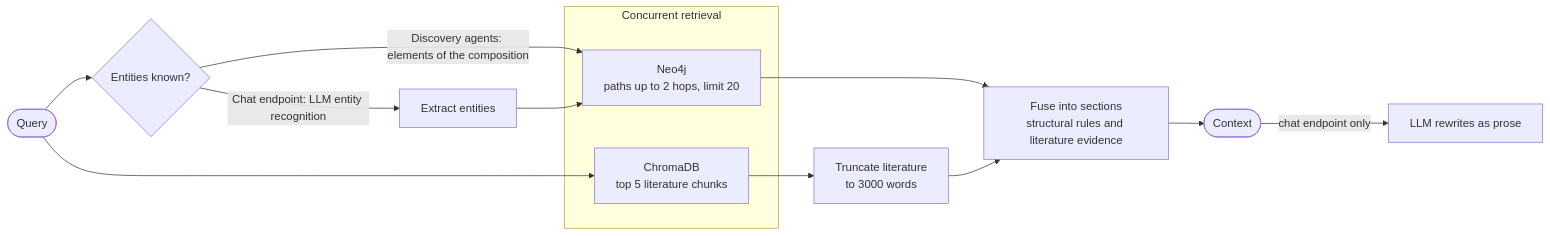
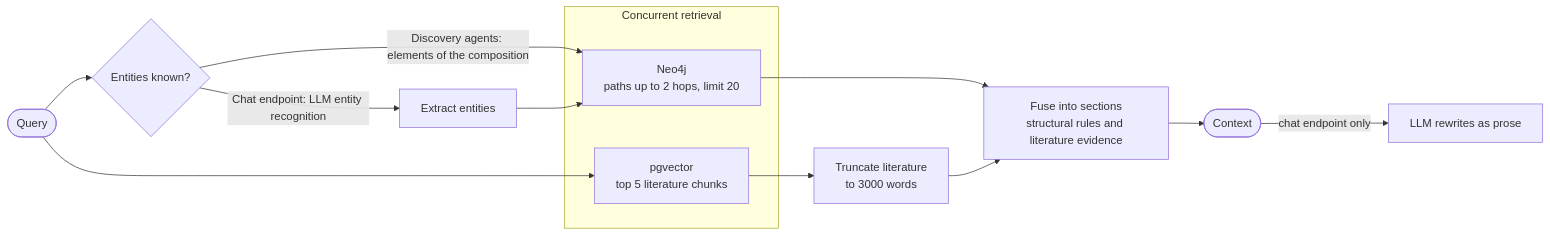
Before and after one commit to Rahul-8283/AURA_Data_Driven: diagram 17 of 27 in README.md, drawn with Mermaid. The commit also changed other lines of this file and 3 other files, not shown here.

First line of the commit message:
docs: document pgvector storage and remove ChromaDB references

````diff
--- a/README.md
+++ b/README.md
@@ -785,19 +781,19 @@
 ```mermaid
 flowchart LR
     q(["Query"]) --> ent{"Entities known?"}
     ent -->|"Discovery agents: elements of the composition"| g
     ent -->|"Chat endpoint: LLM entity recognition"| ner["Extract entities"]
     ner --> g
 
     subgraph retr["Concurrent retrieval"]
         g["Neo4j<br/>paths up to 2 hops, limit 20"]
-        v["ChromaDB<br/>top 5 literature chunks"]
+        v["pgvector<br/>top 5 literature chunks"]
     end
 
     q --> v
     v --> trunc["Truncate literature<br/>to 3000 words"]
     g --> fuse["Fuse into sections<br/>structural rules and literature evidence"]
     trunc --> fuse
     fuse --> out(["Context"])
     out -->|"chat endpoint only"| prose["LLM rewrites as prose"]
 ```
````
